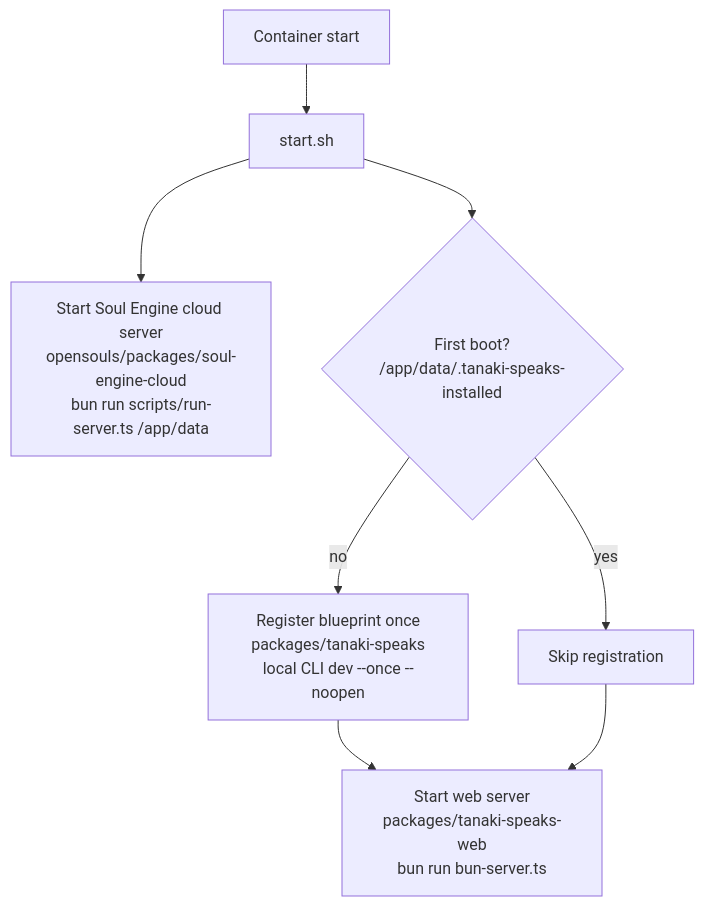
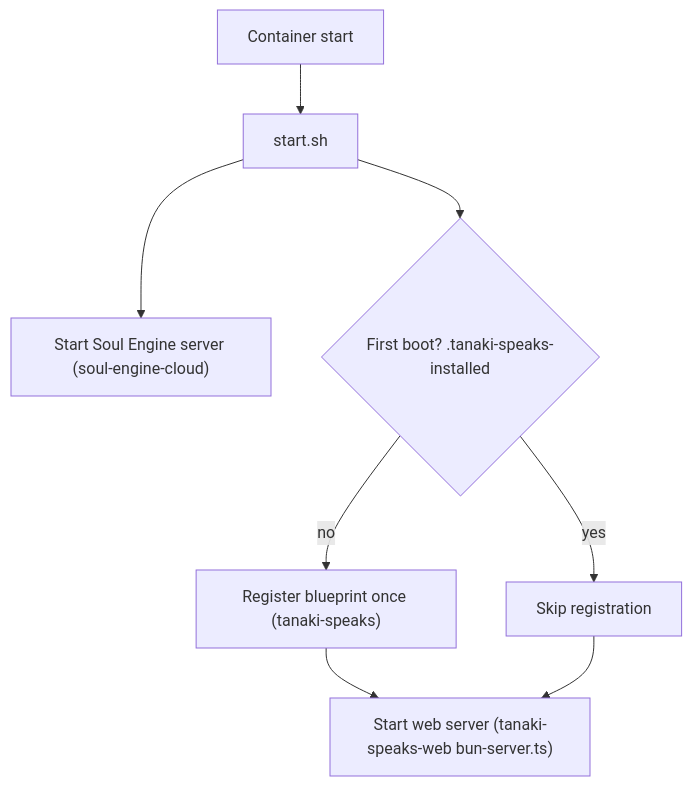
One commit to opensouls/tanaki changed the third of 3 diagrams in README.md. Above: the diagram before and after it, drawn with Mermaid. The commit also changed other lines of this file, not shown here.

Commit message:
Refine README for clarity and consistency in architecture diagrams and descriptions

````diff
--- a/README.md
+++ b/README.md
@@ -191,10 +191,10 @@
 ```mermaid
 flowchart TD
   A["Container start"] --> B["start.sh"]
-  B --> C["Start Soul Engine cloud server<br/>opensouls/packages/soul-engine-cloud<br/>bun run scripts/run-server.ts /app/data"]
-  B --> D{"First boot?<br/>/app/data/.tanaki-speaks-installed"}
-  D -->|no| E["Register blueprint once<br/>packages/tanaki-speaks<br/>local CLI dev --once --noopen"]
+  B --> C["Start Soul Engine server (soul-engine-cloud)"]
+  B --> D{"First boot? .tanaki-speaks-installed"}
+  D -->|no| E["Register blueprint once (tanaki-speaks)"]
   D -->|yes| F["Skip registration"]
-  E --> G["Start web server<br/>packages/tanaki-speaks-web<br/>bun run bun-server.ts"]
+  E --> G["Start web server (tanaki-speaks-web bun-server.ts)"]
   F --> G
 ```
````
